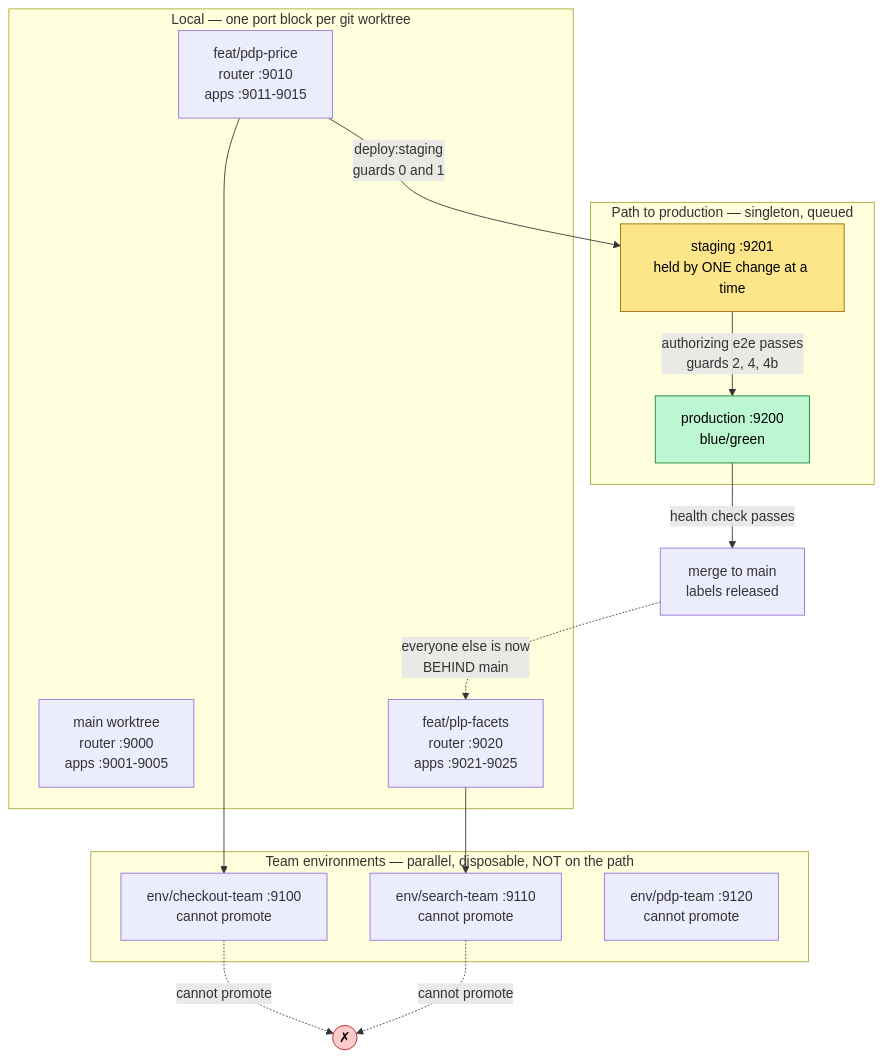
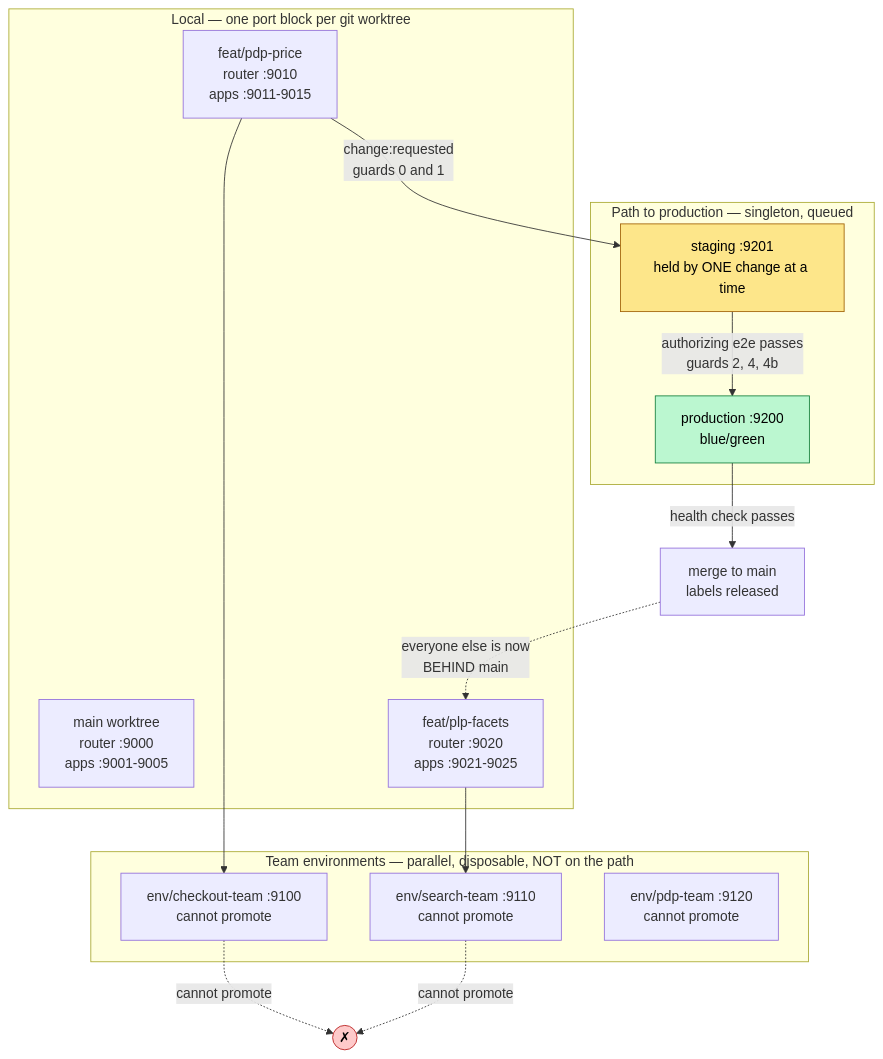
The third of 6 diagrams in README.org (aygp-dr/standard-change), drawn with Mermaid before and after one commit. The commit also changed other lines of this file and 1 other file, not shown here.

```diff
--- a/README.org
+++ b/README.org
@@ -94,32 +110,32 @@
 #+begin_src mermaid :eval never-export
 flowchart TB
     subgraph local["Local — one port block per git worktree"]
         W0["main worktree<br/>router :9000<br/>apps :9001-9005"]
         W1["feat/pdp-price<br/>router :9010<br/>apps :9011-9015"]
         W2["feat/plp-facets<br/>router :9020<br/>apps :9021-9025"]
     end
 
     subgraph team["Team environments — parallel, disposable, NOT on the path"]
         E1["env/checkout-team :9100<br/>cannot promote"]
         E2["env/search-team :9110<br/>cannot promote"]
         E3["env/pdp-team :9120<br/>cannot promote"]
     end
 
     subgraph path["Path to production — singleton, queued"]
         S["staging :9201<br/>held by ONE change at a time"]
         P["production :9200<br/>blue/green"]
     end
 
     W1 --> E1
     W2 --> E2
     E1 -.->|"cannot promote"| X(("✗"))
     E2 -.->|"cannot promote"| X
-    W1 -->|"deploy:staging<br/>guards 0 and 1"| S
+    W1 -->|"change:requested<br/>guards 0 and 1"| S
     S -->|"authorizing e2e passes<br/>guards 2, 4, 4b"| P
     P -->|"health check passes"| M["merge to main<br/>labels released"]
     M -.->|"everyone else is now<br/>BEHIND main"| W2
 
     style S fill:#fde68a,stroke:#a16207,color:#000
     style P fill:#bbf7d0,stroke:#15803d,color:#000
     style X fill:#fecaca,stroke:#b91c1c,color:#000
 #+end_src
```
